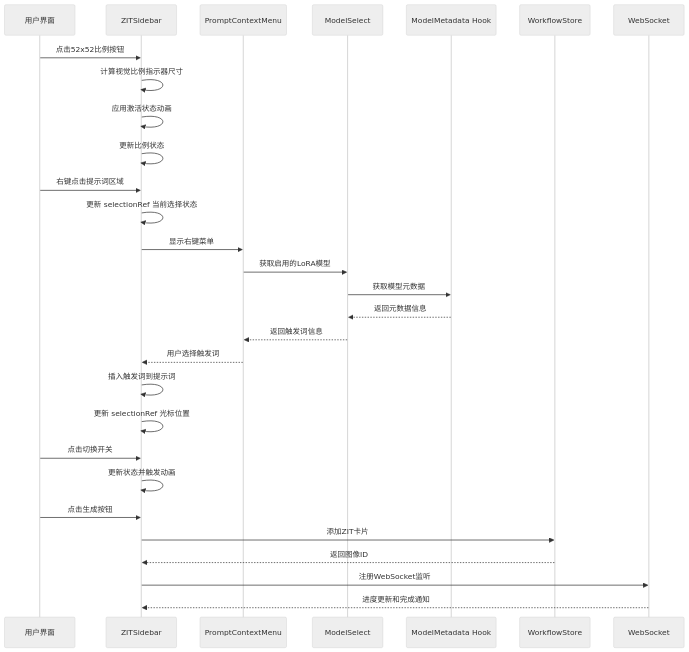
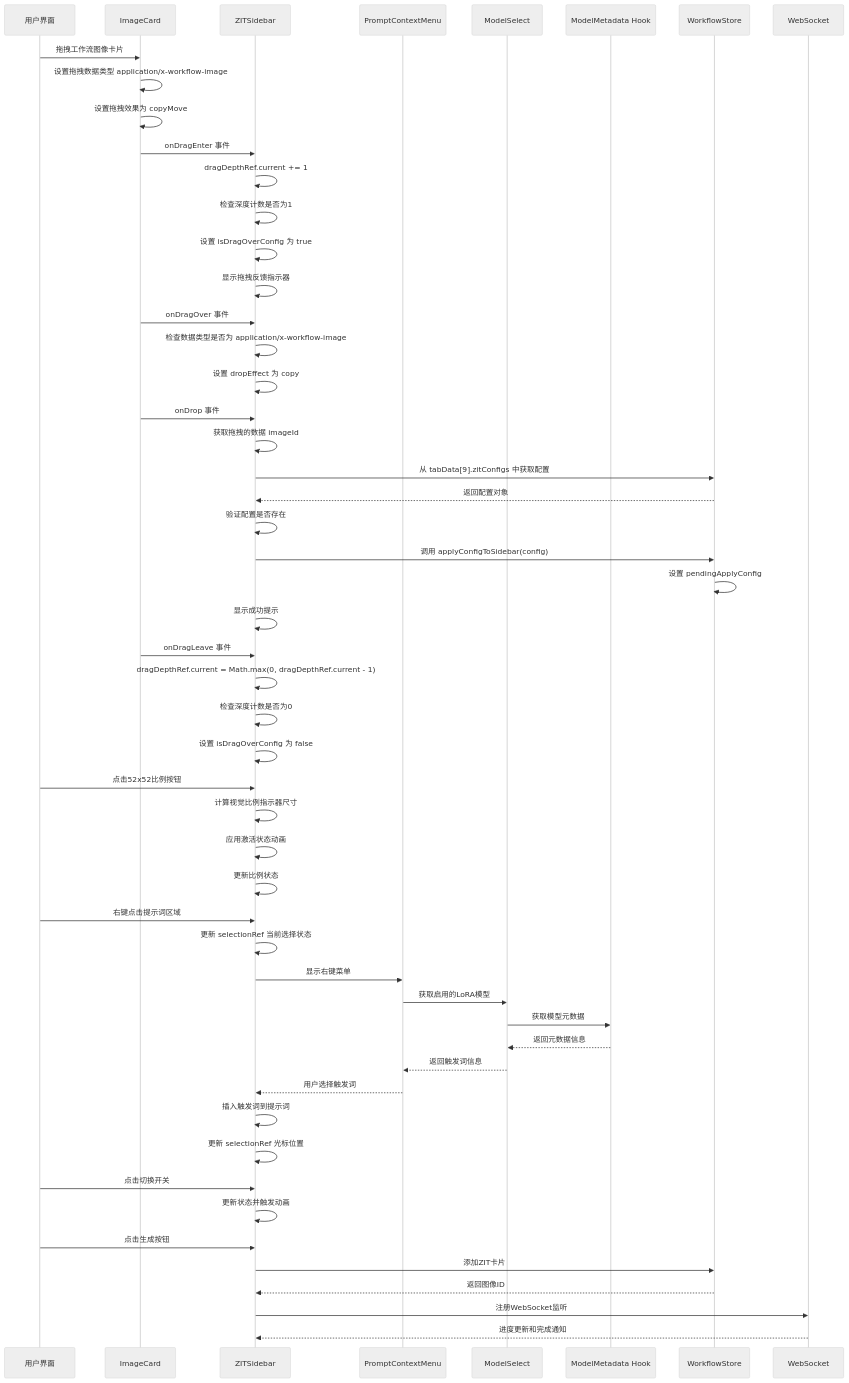
The second of 17 diagrams in .qoder/repowiki/zh/content/用户界面组件/控制面板组件/ZIT快出侧边栏.md (billye220670/CorineKit_Pix2Real), drawn with Mermaid (neutral theme) before and after one commit. The commit also changed other lines of this file and 73 other files, not shown here.

````diff
--- a/.qoder/repowiki/zh/content/用户界面组件/控制面板组件/ZIT快出侧边栏.md
+++ b/.qoder/repowiki/zh/content/用户界面组件/控制面板组件/ZIT快出侧边栏.md
@@ -261,31 +331,55 @@
 ```mermaid
 sequenceDiagram
 participant U as 用户界面
+participant IC as ImageCard
 participant Z as ZITSidebar
 participant PC as PromptContextMenu
 participant MS as ModelSelect
 participant MM as ModelMetadata Hook
 participant WF as WorkflowStore
 participant S as WebSocket
+U->>IC : 拖拽工作流图像卡片
+IC->>IC : 设置拖拽数据类型 application/x-workflow-image
+IC->>IC : 设置拖拽效果为 copyMove
+IC->>Z : onDragEnter 事件
+Z->>Z : dragDepthRef.current += 1
+Z->>Z : 检查深度计数是否为1
+Z->>Z : 设置 isDragOverConfig 为 true
+Z->>Z : 显示拖拽反馈指示器
+IC->>Z : onDragOver 事件
+Z->>Z : 检查数据类型是否为 application/x-workflow-image
+Z->>Z : 设置 dropEffect 为 copy
+IC->>Z : onDrop 事件
+Z->>Z : 获取拖拽的数据 imageId
+Z->>WF : 从 tabData[9].zitConfigs 中获取配置
+WF-->>Z : 返回配置对象
+Z->>Z : 验证配置是否存在
+Z->>WF : 调用 applyConfigToSidebar(config)
+WF->>WF : 设置 pendingApplyConfig
+Z->>Z : 显示成功提示
+IC->>Z : onDragLeave 事件
+Z->>Z : dragDepthRef.current = Math.max(0, dragDepthRef.current - 1)
+Z->>Z : 检查深度计数是否为0
+Z->>Z : 设置 isDragOverConfig 为 false
 U->>Z : 点击52x52比例按钮
 Z->>Z : 计算视觉比例指示器尺寸
 Z->>Z : 应用激活状态动画
 Z->>Z : 更新比例状态
 U->>Z : 右键点击提示词区域
 Z->>Z : 更新 selectionRef 当前选择状态
 Z->>PC : 显示右键菜单
 PC->>MS : 获取启用的LoRA模型
 MS->>MM : 获取模型元数据
 MM-->>MS : 返回元数据信息
 MS-->>PC : 返回触发词信息
 PC-->>Z : 用户选择触发词
 Z->>Z : 插入触发词到提示词
 Z->>Z : 更新 selectionRef 光标位置
 U->>Z : 点击切换开关
 Z->>Z : 更新状态并触发动画
 U->>Z : 点击生成按钮
 Z->>WF : 添加ZIT卡片
 WF-->>Z : 返回图像ID
 Z->>S : 注册WebSocket监听
 S-->>Z : 进度更新和完成通知
 ```
````
